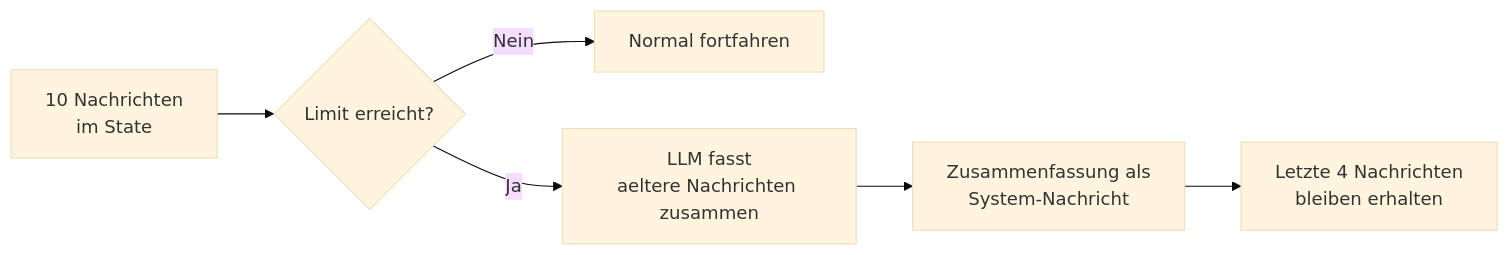
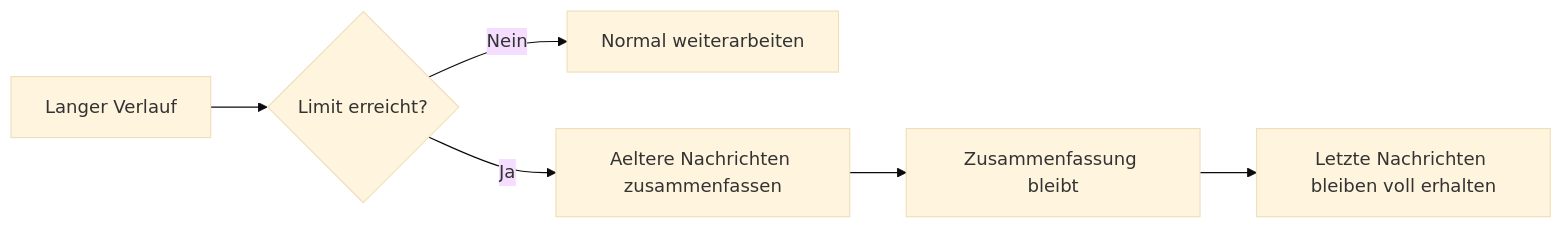
The second of 3 diagrams in docs/concepts/Memory_Systeme.md (ralf-42/Agenten), drawn with Mermaid (base theme) before and after one commit. The commit also changed other lines of this file and 15 other files, not shown here.

````diff
--- a/docs/concepts/Memory_Systeme.md
+++ b/docs/concepts/Memory_Systeme.md
@@ -154,8 +136,8 @@
 ```mermaid
 flowchart LR
-    A[10 Nachrichten\nim State] --> B{Limit erreicht?}
-    B -->|Nein| C[Normal fortfahren]
-    B -->|Ja| D[LLM fasst\naeltere Nachrichten zusammen]
-    D --> E[Zusammenfassung als\nSystem-Nachricht]
-    E --> F[Letzte 4 Nachrichten\nbleiben erhalten]
+    A[Langer Verlauf] --> B{Limit erreicht?}
+    B -->|Nein| C[Normal weiterarbeiten]
+    B -->|Ja| D[Aeltere Nachrichten zusammenfassen]
+    D --> E[Zusammenfassung bleibt]
+    E --> F[Letzte Nachrichten bleiben voll erhalten]
 ```
````
